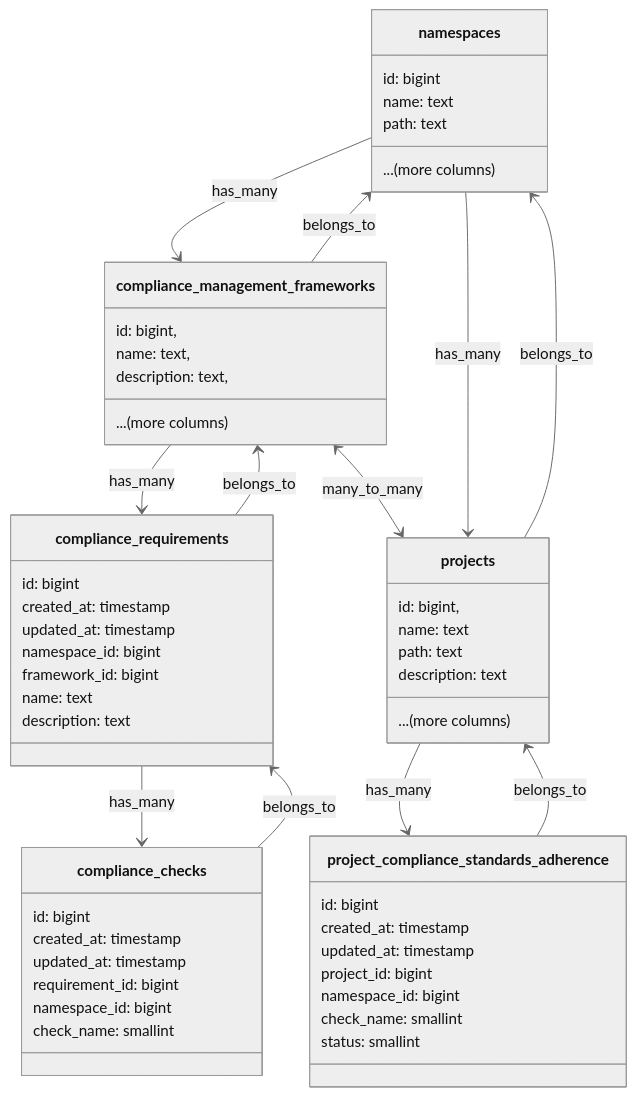
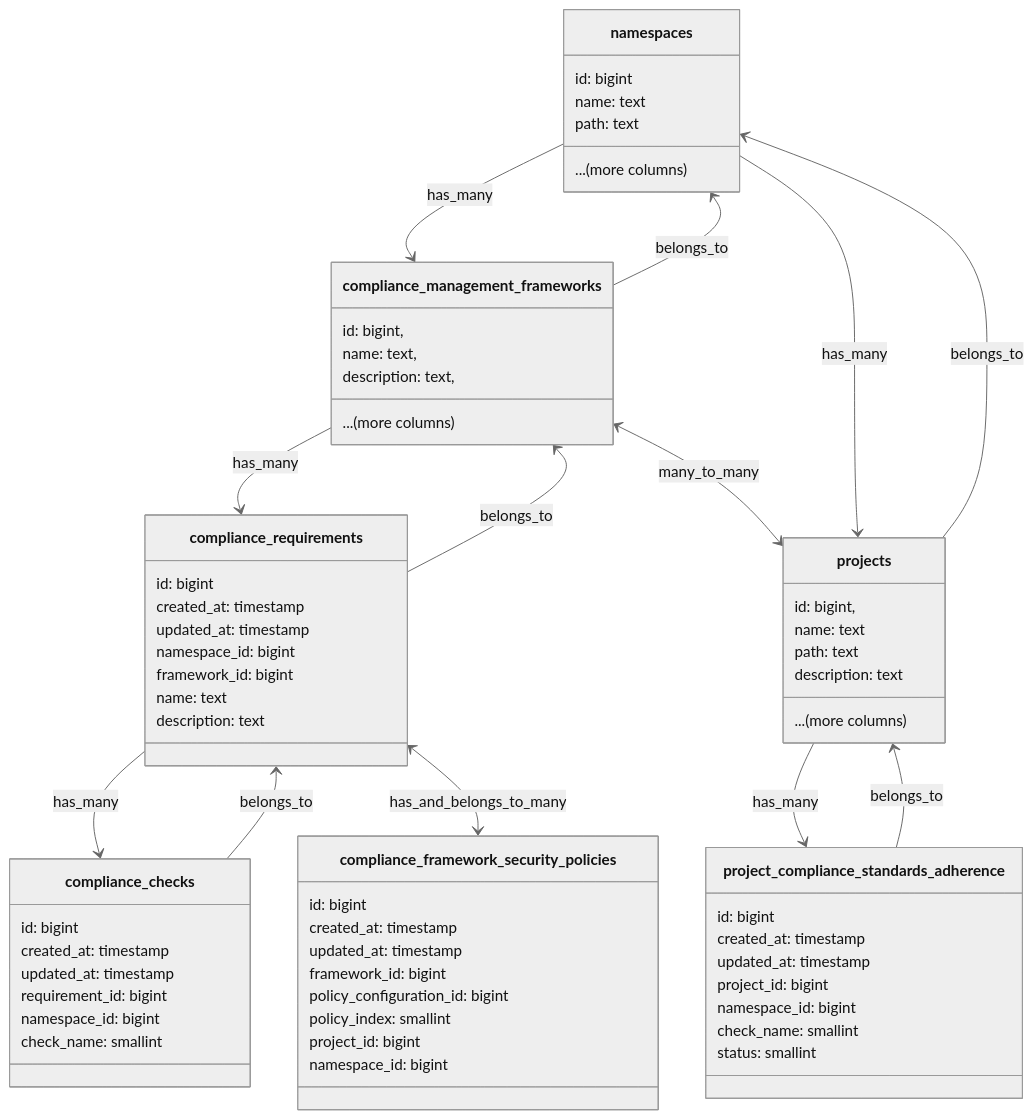
Before and after one commit to secretstartups/handbook: the diagram in content/handbook/engineering/architecture/design-documents/compliance-frameworks/_index.md, drawn with Mermaid (neutral theme).

Commit message:
Add relation between security policies and compliance requirements

````diff
--- a/content/handbook/engineering/architecture/design-documents/compliance-frameworks/_index.md
+++ b/content/handbook/engineering/architecture/design-documents/compliance-frameworks/_index.md
@@ -112,63 +112,75 @@
 ```mermaid
     classDiagram
 class namespaces {
     id: bigint
     name: text
     path: text
     ...(more columns)
 }
 class projects {
     id: bigint,
     name: text
     path: text
     description: text
     ...(more columns)
 }
 class compliance_management_frameworks {
     id: bigint,
     name: text,
     description: text,
     ...(more columns)
 }
 
 class compliance_requirements {
     id: bigint
     created_at: timestamp
     updated_at: timestamp
     namespace_id: bigint
     framework_id: bigint
     name: text
     description: text
 }
 
+class compliance_framework_security_policies {
+    id: bigint
+    created_at: timestamp
+    updated_at: timestamp
+    framework_id: bigint
+    policy_configuration_id: bigint
+    policy_index: smallint
+    project_id: bigint
+    namespace_id: bigint
+}
+
 class compliance_checks {
     id: bigint
     created_at: timestamp
     updated_at: timestamp
     requirement_id: bigint
     namespace_id: bigint
     check_name: smallint
 }
 
 class project_compliance_standards_adherence {
     id: bigint
     created_at: timestamp
     updated_at: timestamp
     project_id: bigint
     namespace_id: bigint
     check_name: smallint
     status: smallint
 }
 
 compliance_requirements --> compliance_checks : has_many
 compliance_requirements <-- compliance_checks : belongs_to
+compliance_requirements <--> compliance_framework_security_policies : has_and_belongs_to_many
 compliance_management_frameworks --> compliance_requirements : has_many
 compliance_management_frameworks <-- compliance_requirements : belongs_to
 compliance_management_frameworks <--> projects : many_to_many
 projects <-- namespaces : has_many
 projects --> namespaces : belongs_to
 namespaces --> compliance_management_frameworks : has_many
 namespaces <-- compliance_management_frameworks : belongs_to
 projects --> project_compliance_standards_adherence : has_many
 projects <-- project_compliance_standards_adherence : belongs_to
 ```
````
